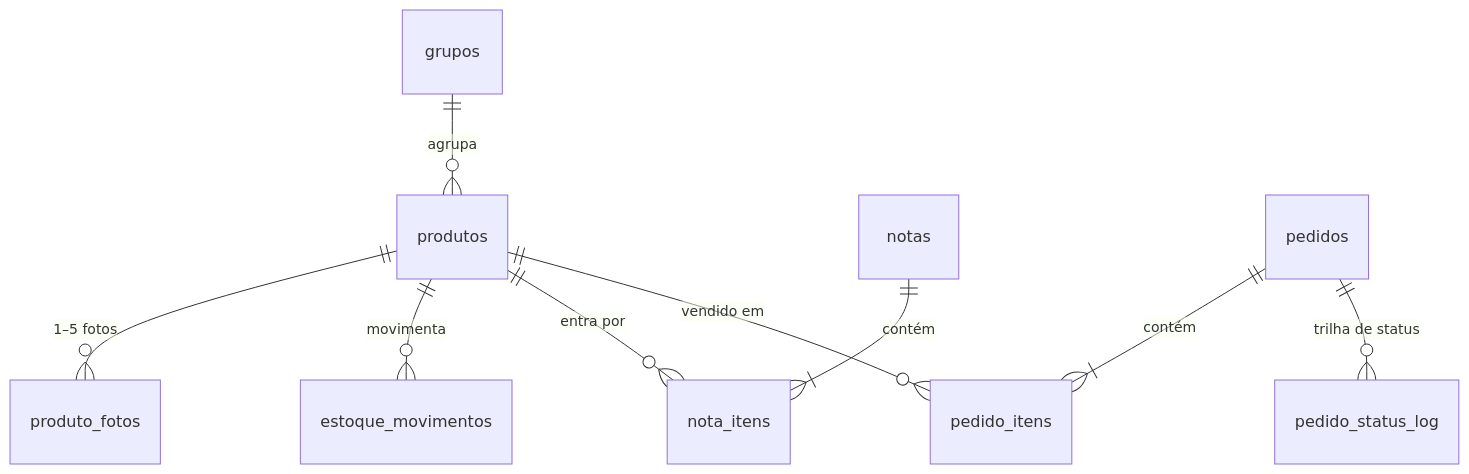
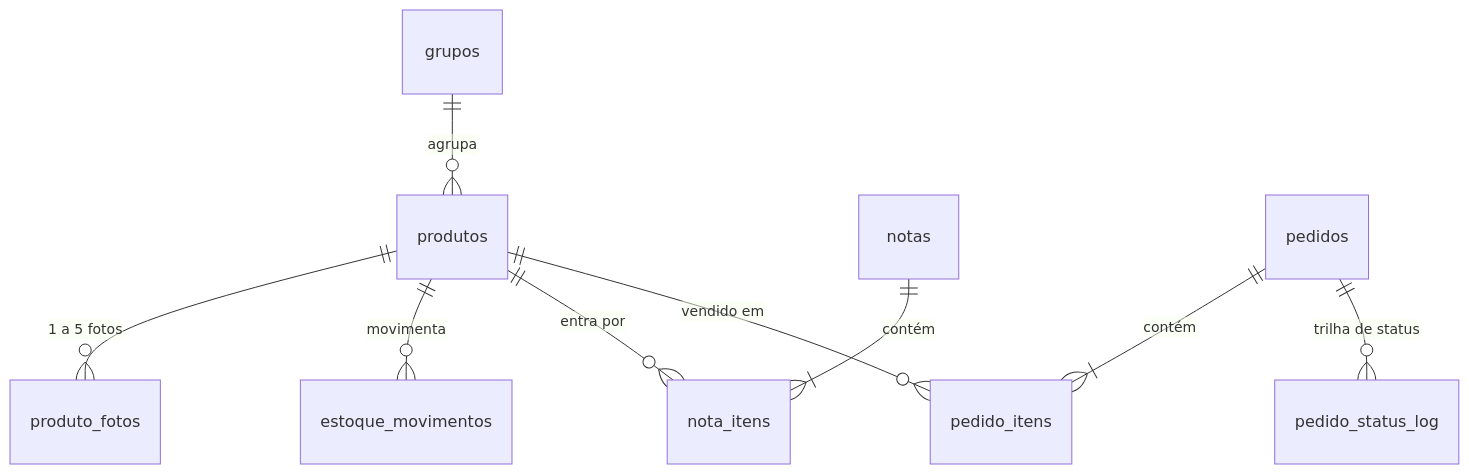
The diagram in docs/arquitetura/modelo-de-dados.md (CAST-INFRA-INTERNA/cast-store-docs), drawn with Mermaid before and after one commit. The commit also changed other lines of this file and 16 other files, not shown here.

````diff
--- a/docs/arquitetura/modelo-de-dados.md
+++ b/docs/arquitetura/modelo-de-dados.md
@@ -51,11 +51,11 @@
 ```mermaid
 erDiagram
-  produtos ||--o{ produto_fotos : "1–5 fotos"
+  produtos ||--o{ produto_fotos : "1 a 5 fotos"
   grupos ||--o{ produtos : agrupa
   produtos ||--o{ estoque_movimentos : movimenta
-  notas ||--|{ nota_itens : contém
+  notas ||--|{ nota_itens : "contém"
   produtos ||--o{ nota_itens : "entra por"
-  pedidos ||--|{ pedido_itens : contém
+  pedidos ||--|{ pedido_itens : "contém"
   pedidos ||--o{ pedido_status_log : "trilha de status"
   produtos ||--o{ pedido_itens : "vendido em"
 ```
````
